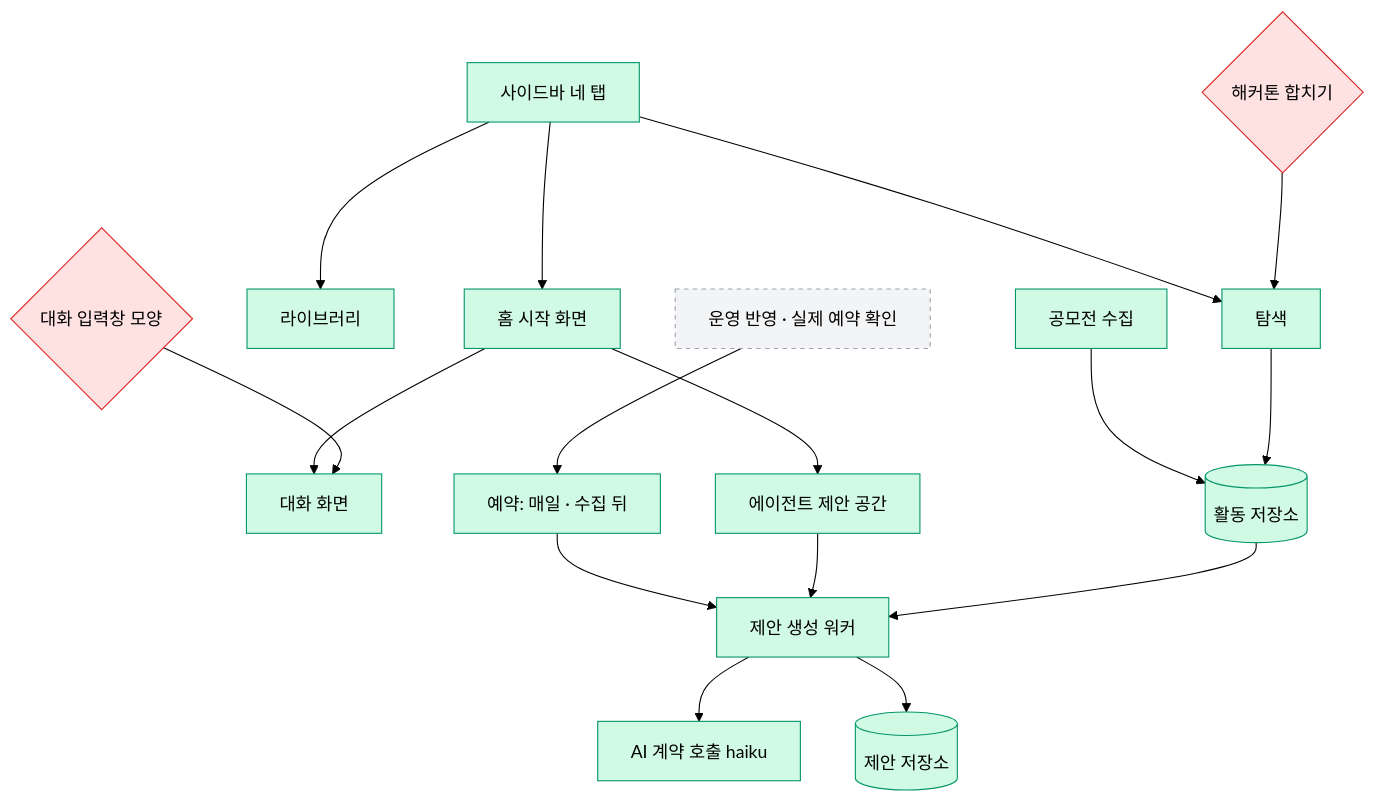
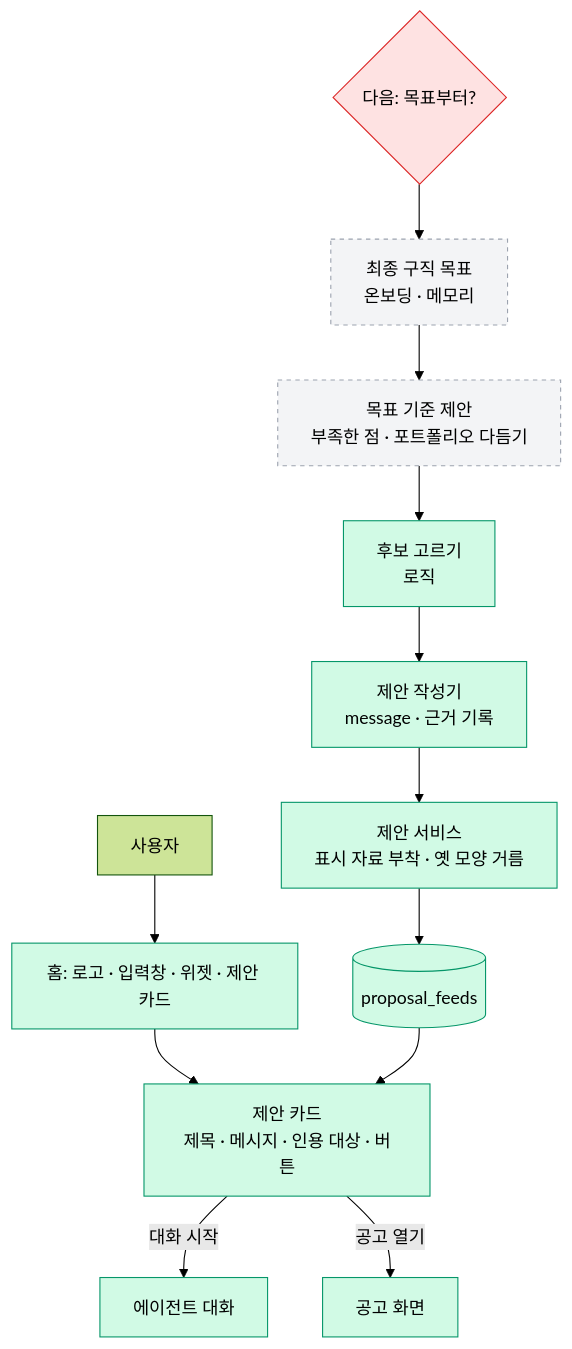
One commit to Expresso-Organization/expresso changed the diagram in .sitrep/sessions/20261115-1330-agent-home/arch.mmd. Above: the diagram before and after it, drawn with Mermaid (forest theme). The commit also changed 18 other files, not shown here.

```diff
--- a/.sitrep/sessions/20261115-1330-agent-home/arch.mmd
+++ b/.sitrep/sessions/20261115-1330-agent-home/arch.mmd
@@ -1,20 +1,20 @@
 flowchart TD
-  SB["사이드바 네 탭"]:::done --> HOME["홈 시작 화면"]:::done
-  SB --> LIB["라이브러리"]:::done
-  SB --> EXP["탐색"]:::done
-  HOME --> CHAT["대화 화면"]:::done
-  HOME --> PROP["에이전트 제안 공간"]:::done
-  SCH["예약: 매일 · 수집 뒤"]:::done --> GEN["제안 생성 워커"]:::done
-  PROP --> GEN
-  GEN --> AI["AI 계약 호출 haiku"]:::done
-  GEN --> FEED[("제안 저장소")]:::done
-  ACT["공모전 수집"]:::done --> ACTDB[("활동 저장소")]:::done
-  ACTDB --> GEN
-  EXP --> ACTDB
-  D1{"해커톤 합치기"}:::decide --> EXP
-  D2{"대화 입력창 모양"}:::decide --> CHAT
-  OPS["운영 반영 · 실제 예약 확인"]:::todo --> SCH
+  U[사용자] --> HOME[홈: 로고 · 입력창 · 위젯 · 제안 카드]
+  HOME --> CARD[제안 카드<br/>제목 · 메시지 · 인용 대상 · 버튼]
+  CARD -->|대화 시작| CHAT[에이전트 대화]
+  CARD -->|공고 열기| JOB[공고 화면]
+  FEED[(proposal_feeds)] --> CARD
+  WRITER[제안 작성기<br/>message · 근거 기록] --> SVC[제안 서비스<br/>표시 자료 부착 · 옛 모양 거름]
+  CAND[후보 고르기<br/>로직] --> WRITER
+  SVC --> FEED
+  GOAL{다음: 목표부터?}
+  MEM[최종 구직 목표<br/>온보딩 · 메모리]
+  JUDGE[목표 기준 제안<br/>부족한 점 · 포트폴리오 다듬기]
+  GOAL --> MEM --> JUDGE --> CAND
   classDef done fill:#d1fae5,stroke:#059669
   classDef doing fill:#fef3c7,stroke:#d97706
   classDef decide fill:#fee2e2,stroke:#dc2626
   classDef todo fill:#f3f4f6,stroke:#9ca3af,stroke-dasharray:4
+  class HOME,CARD,CHAT,JOB,FEED,WRITER,SVC,CAND done
+  class GOAL decide
+  class MEM,JUDGE todo
```
